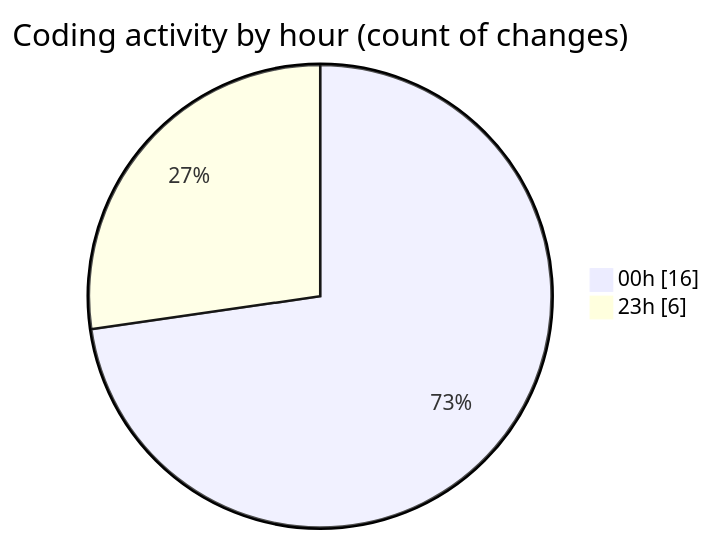
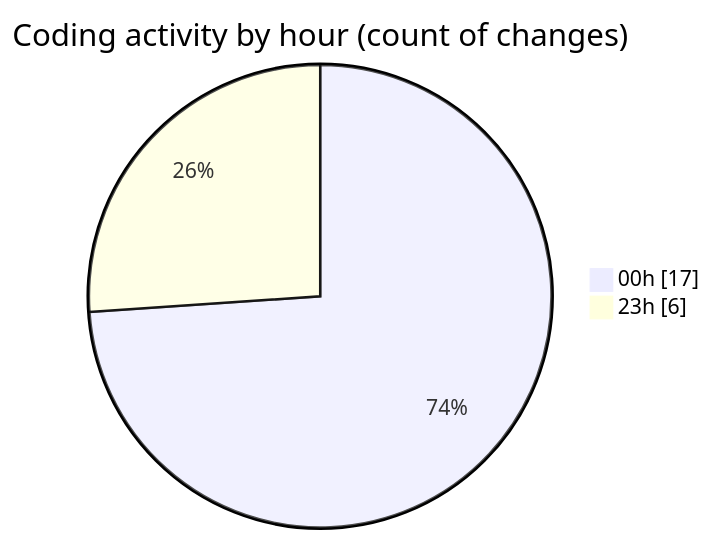
One commit to MatusMokan/code-tracking changed the second of 2 diagrams in 2025-02-26/myws__workspace_/README.md. Above: the diagram before and after it, drawn with Mermaid. The commit also changed other lines of this file and 1 other file, not shown here.

````diff
--- a/2025-02-26/myws__workspace_/README.md
+++ b/2025-02-26/myws__workspace_/README.md
@@ -28,6 +28,6 @@
 ```mermaid
 pie showData
 title Coding activity by hour (count of changes)
-"00h" : 16
+"00h" : 17
 "23h" : 6
 ```
````
